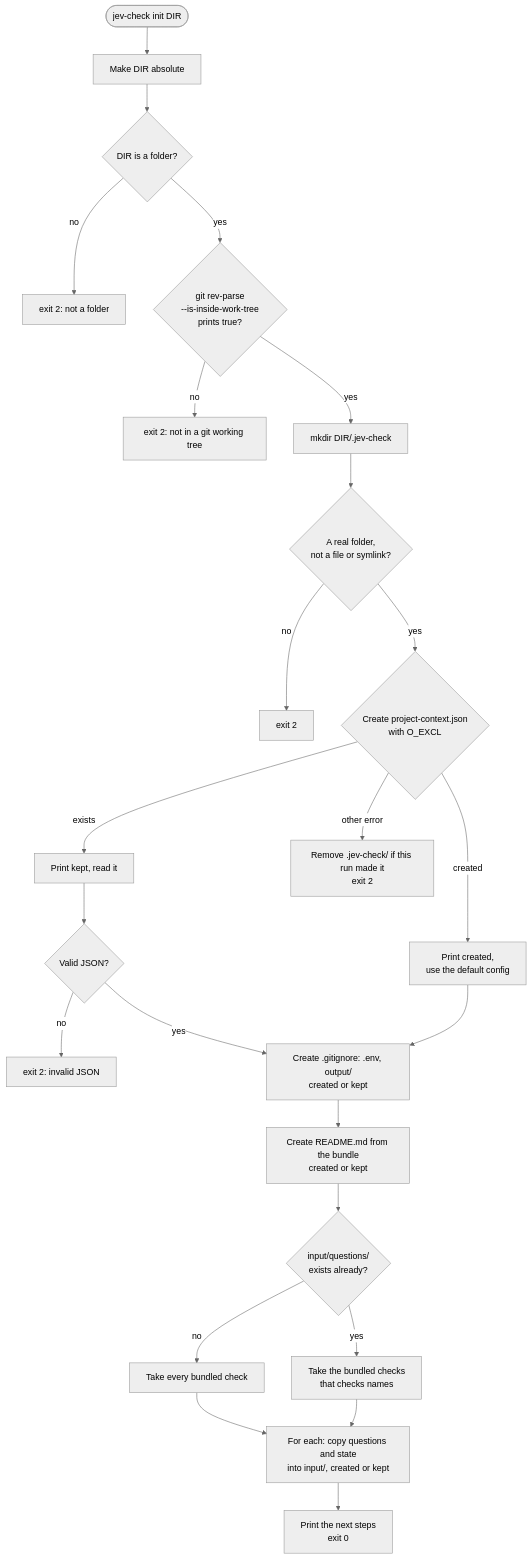
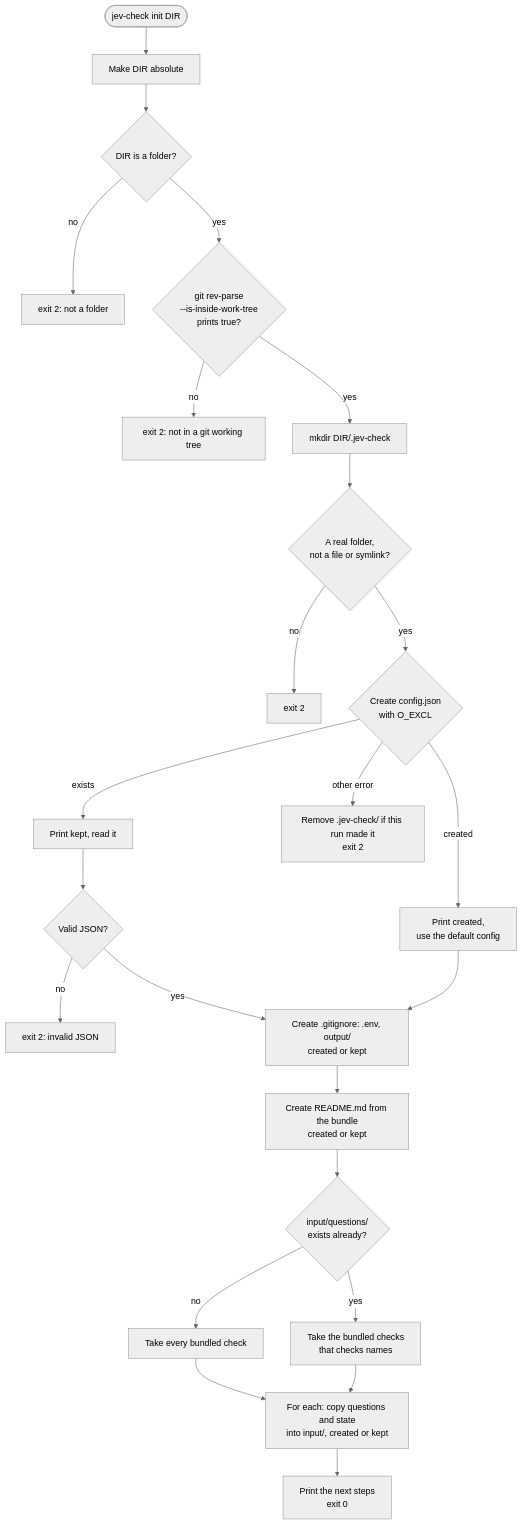
The third of 12 diagrams in README.md (luisferrassini/jev-check), drawn with Mermaid (neutral theme) before and after one commit. The commit also changed other lines of this file and 14 other files, not shown here.

First line of the commit message:
Rename .jev-check/project-context.json to config.json, and add a CONTEXT.md glossary

````diff
--- a/README.md
+++ b/README.md
@@ -650,26 +656,26 @@
 ```mermaid
 flowchart TD
     s(["jev-check init DIR"]) --> abs["Make DIR absolute"]
     abs --> isdir{"DIR is a folder?"}
     isdir -- "no" --> e1["exit 2: not a folder"]
     isdir -- "yes" --> git{"git rev-parse<br/>--is-inside-work-tree<br/>prints true?"}
     git -- "no" --> e2["exit 2: not in a git working tree"]
     git -- "yes" --> mk["mkdir DIR/.jev-check"]
     mk --> real{"A real folder,<br/>not a file or symlink?"}
     real -- "no" --> e3["exit 2"]
-    real -- "yes" --> cfg{"Create project-context.json<br/>with O_EXCL"}
+    real -- "yes" --> cfg{"Create config.json<br/>with O_EXCL"}
     cfg -- "exists" --> kept["Print kept, read it"]
     kept --> json{"Valid JSON?"}
     json -- "no" --> e4["exit 2: invalid JSON"]
     json -- "yes" --> ign
     cfg -- "created" --> created["Print created,<br/>use the default config"]
     created --> ign
     cfg -- "other error" --> undo["Remove .jev-check/ if this run made it<br/>exit 2"]
     ign["Create .gitignore: .env, output/<br/>created or kept"] --> readme["Create README.md from the bundle<br/>created or kept"]
     readme --> qdir{"input/questions/<br/>exists already?"}
     qdir -- "no" --> all["Take every bundled check"]
     qdir -- "yes" --> named["Take the bundled checks<br/>that checks names"]
     all --> copy["For each: copy questions and state<br/>into input/, created or kept"]
     named --> copy
     copy --> next["Print the next steps<br/>exit 0"]
 ```
````
